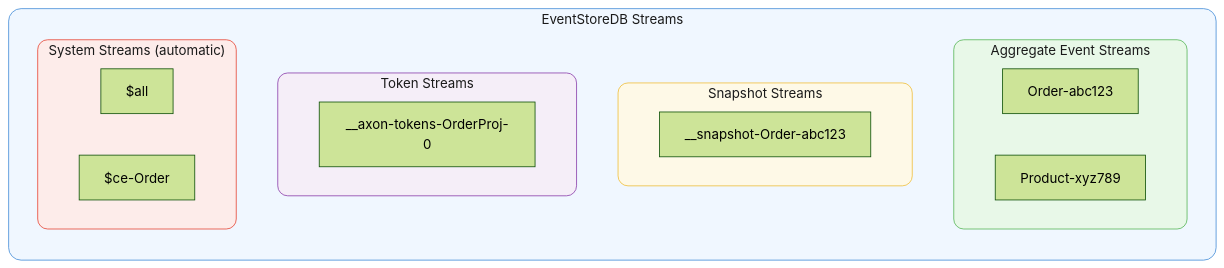
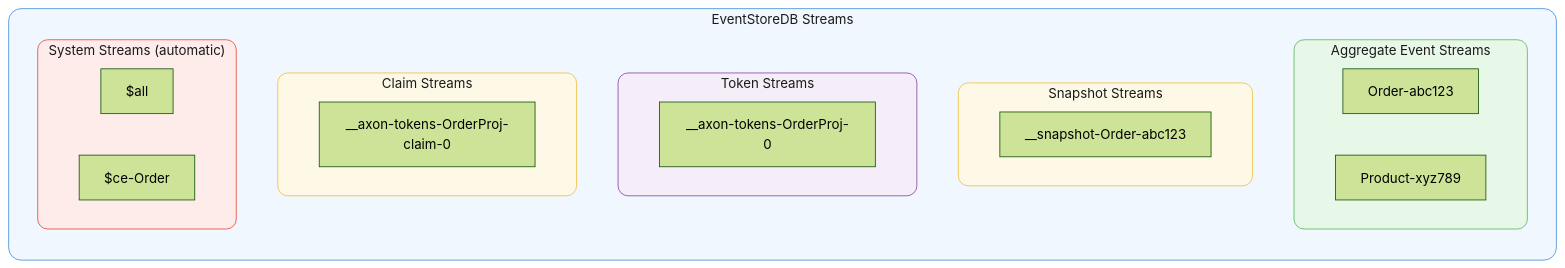
The second of 6 diagrams in README.md (bsakweson/axon-eventstoredb), drawn with Mermaid (forest theme) before and after one commit. The commit also changed other lines of this file and 18 other files, not shown here.

````diff
--- a/README.md
+++ b/README.md
@@ -157,28 +171,33 @@
 ```mermaid
 graph LR
     subgraph esdb["EventStoreDB Streams"]
         style esdb fill:#f0f7ff,stroke:#4a90d9,rx:15,ry:15,color:#1a1a1a
 
         subgraph agg_streams["Aggregate Event Streams"]
             style agg_streams fill:#e8f8e8,stroke:#5cb85c,rx:12,ry:12,color:#1a1a1a
             s1["Order-abc123"]
             s2["Product-xyz789"]
         end
 
         subgraph snap_streams["Snapshot Streams"]
             style snap_streams fill:#fef9e7,stroke:#f0c040,rx:12,ry:12,color:#1a1a1a
             s3["__snapshot-Order-abc123"]
         end
 
         subgraph token_streams["Token Streams"]
             style token_streams fill:#f5eef8,stroke:#8e44ad,rx:12,ry:12,color:#1a1a1a
             s4["__axon-tokens-OrderProj-0"]
         end
 
+        subgraph claim_streams["Claim Streams"]
+            style claim_streams fill:#fef9e7,stroke:#f0c040,rx:12,ry:12,color:#1a1a1a
+            s7["__axon-tokens-OrderProj-claim-0"]
+        end
+
         subgraph system_streams["System Streams (automatic)"]
             style system_streams fill:#fdecea,stroke:#e74c3c,rx:12,ry:12,color:#1a1a1a
             s5["$all"]
             s6["$ce-Order"]
         end
     end
 ```
````
